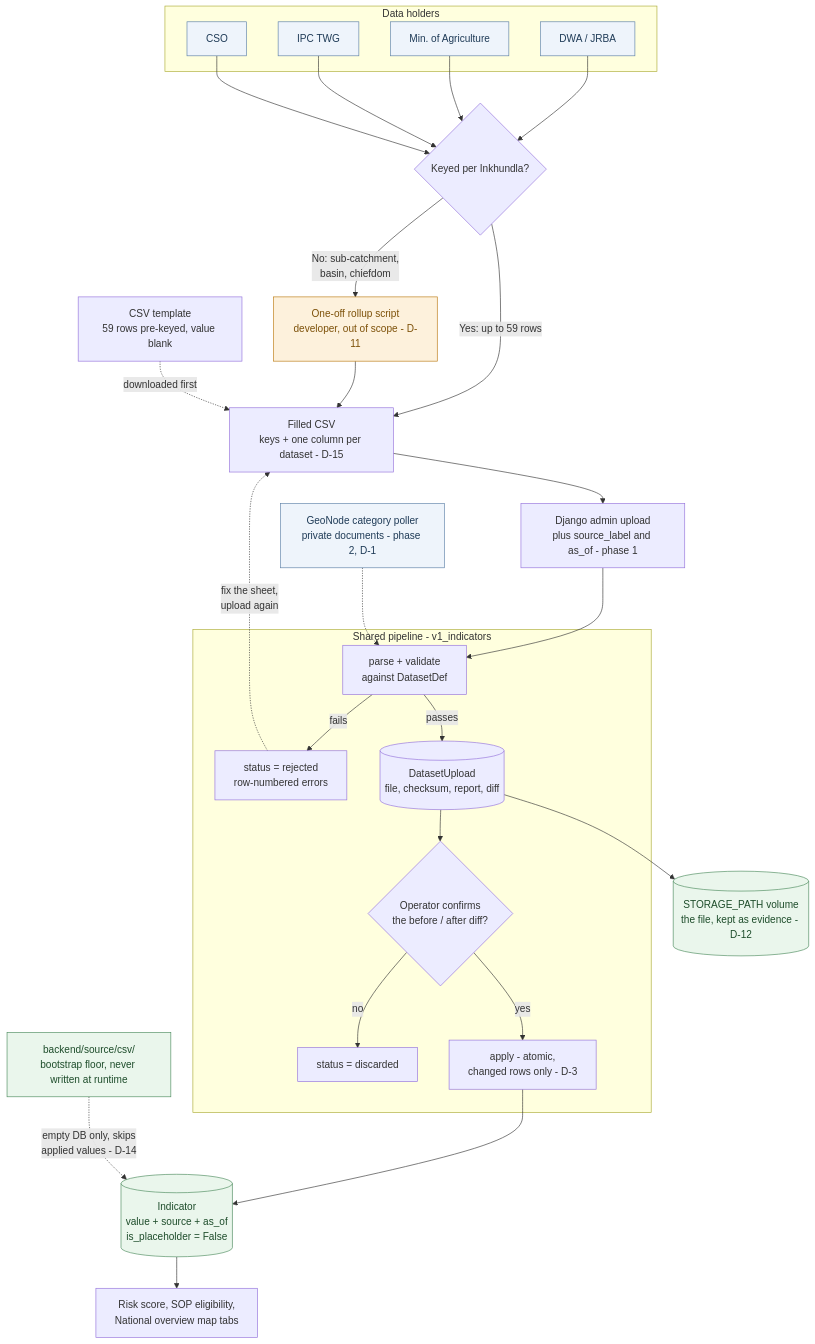
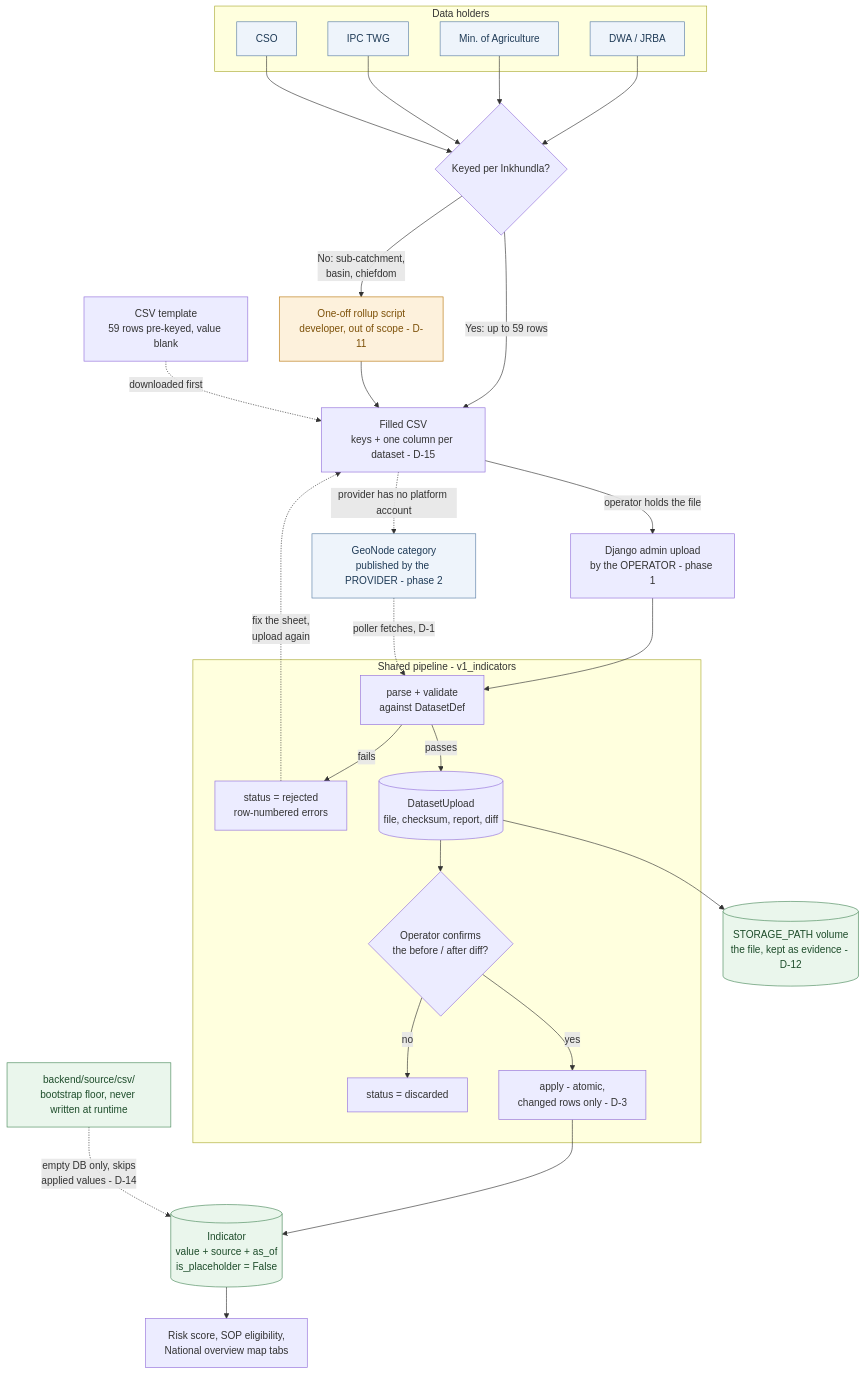
The second of 3 diagrams in eswatini-v2/docs/track-1/secondary-data-operator-updates.md (akvo/eswatini-droughtmap-hub), drawn with Mermaid before and after one commit. The commit also changed other lines of this file and 17 other files, not shown here.

````diff
--- a/eswatini-v2/docs/track-1/secondary-data-operator-updates.md
+++ b/eswatini-v2/docs/track-1/secondary-data-operator-updates.md
@@ -90,58 +90,59 @@
 ```mermaid
 flowchart TB
     subgraph SRC["Data holders"]
         P1["DWA / JRBA"]
         P2["Min. of Agriculture"]
         P3["IPC TWG"]
         P4["CSO"]
     end
 
     subgraph PIPE["Shared pipeline - v1_indicators"]
         PARSE["parse + validate<br/>against DatasetDef"]
         REJ["status = rejected<br/>row-numbered errors"]
         REC[("DatasetUpload<br/>file, checksum, report, diff")]
         GATE{"Operator confirms<br/>the before / after diff?"}
         DISC["status = discarded"]
         APPLY["apply - atomic,<br/>changed rows only - D-3"]
         PARSE -->|fails| REJ
         PARSE -->|passes| REC
         REC --> GATE
         GATE -->|no| DISC
         GATE -->|yes| APPLY
     end
 
     SHAPE{"Keyed per Inkhundla?"}
     ROLL["One-off rollup script<br/>developer, out of scope - D-11"]
     CSVFILE["Filled CSV<br/>keys + one column per dataset - D-15"]
     TPL["CSV template<br/>59 rows pre-keyed, value blank"]
-    UP["Django admin upload<br/>plus source_label and as_of - phase 1"]
-    GEO["GeoNode category poller<br/>private documents - phase 2, D-1"]
+    UP["Django admin upload<br/>by the OPERATOR - phase 1"]
+    GEO["GeoNode category<br/>published by the PROVIDER - phase 2"]
     STORE[("STORAGE_PATH volume<br/>the file, kept as evidence - D-12")]
     IND[("Indicator<br/>value + source + as_of<br/>is_placeholder = False")]
     CONS["Risk score, SOP eligibility,<br/>National overview map tabs"]
     SEED["backend/source/csv/<br/>bootstrap floor, never written at runtime"]
 
     P1 --> SHAPE
     P2 --> SHAPE
     P3 --> SHAPE
     P4 --> SHAPE
     SHAPE -->|"No: sub-catchment,<br/>basin, chiefdom"| ROLL
     SHAPE -->|"Yes: up to 59 rows"| CSVFILE
     ROLL --> CSVFILE
     TPL -.->|downloaded first| CSVFILE
-    CSVFILE --> UP
+    CSVFILE -->|"operator holds the file"| UP
+    CSVFILE -.->|"provider has no platform account"| GEO
     UP --> PARSE
-    GEO -.-> PARSE
+    GEO -.->|"poller fetches, D-1"| PARSE
     REJ -.->|"fix the sheet,<br/>upload again"| CSVFILE
     REC --> STORE
     APPLY --> IND
     IND --> CONS
     SEED -.->|"empty DB only, skips<br/>applied values - D-14"| IND
 
     classDef ext fill:#eef4fb,stroke:#5b7fa6,color:#1f3b57
     classDef blocked fill:#fdf1dc,stroke:#b9770e,color:#7d5109
     classDef store fill:#eaf6ec,stroke:#4a8a5c,color:#1e4d2b
     class P1,P2,P3,P4,GEO ext
     class ROLL blocked
     class STORE,SEED,IND store
 ```
````
